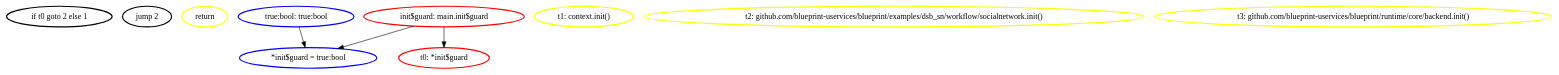
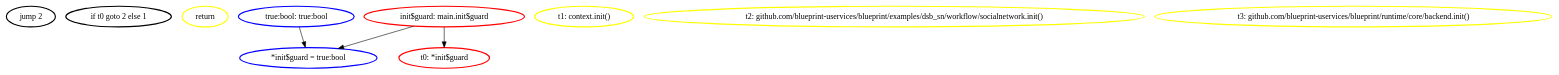
The diagram in ssa_analysis/analyzer/output/dsb_sn/ssagraphs/main.init.dot (aletheia-microservices/aletheia), drawn with Graphviz before and after one commit. The commit also changed 217 other files, not shown here.

```diff
--- a/ssa_analysis/analyzer/output/dsb_sn/ssagraphs/main.init.dot
+++ b/ssa_analysis/analyzer/output/dsb_sn/ssagraphs/main.init.dot
@@ -1,20 +1,20 @@
 digraph G {
 	rankdir=TD;
-	N_instr__140090454 [label="if t0 goto 2 else 1", style=bold, shape=ellipse, color="black"];
-	N_instr__140090454 [label="if t0 goto 2 else 1", style=bold, shape=ellipse, color="black"];
-	N_instr__339469146 [label="jump 2", style=bold, shape=ellipse, color="black"];
-	N_instr__339469146 [label="jump 2", style=bold, shape=ellipse, color="black"];
-	N_instr_ret_1068114 [label="return", style=bold, shape=ellipse, color="yellow"];
-	N_instr_ret_1068114 [label="return", style=bold, shape=ellipse, color="yellow"];
-	N_instr_store_782152985 [label="*init$guard = true:bool", style=bold, shape=ellipse, color="blue"];
-	N_instr_store_782152985 [label="*init$guard = true:bool", style=bold, shape=ellipse, color="blue"];
+	N_instr__129623240 [label="jump 2", style=bold, shape=ellipse, color="black"];
+	N_instr__129623240 [label="jump 2", style=bold, shape=ellipse, color="black"];
+	N_instr__1610378326 [label="if t0 goto 2 else 1", style=bold, shape=ellipse, color="black"];
+	N_instr__1610378326 [label="if t0 goto 2 else 1", style=bold, shape=ellipse, color="black"];
+	N_instr_ret_1244579420 [label="return", style=bold, shape=ellipse, color="yellow"];
+	N_instr_ret_1244579420 [label="return", style=bold, shape=ellipse, color="yellow"];
+	N_instr_store_1475263783 [label="*init$guard = true:bool", style=bold, shape=ellipse, color="blue"];
+	N_instr_store_1475263783 [label="*init$guard = true:bool", style=bold, shape=ellipse, color="blue"];
 	N_val_callt1 [label="t1: context.init()", style=bold, shape=ellipse, color="yellow"];
 	N_val_callt2 [label="t2: github.com/blueprint-uservices/blueprint/examples/dsb_sn/workflow/socialnetwork.init()", style=bold, shape=ellipse, color="yellow"];
 	N_val_callt3 [label="t3: github.com/blueprint-uservices/blueprint/runtime/core/backend.init()", style=bold, shape=ellipse, color="yellow"];
 	N_val_globinit_guard [label="init$guard: main.init$guard", style=bold, shape=ellipse, color="red"];
 	N_val_true_bool [label="true:bool: true:bool", style=bold, shape=ellipse, color="blue"];
 	N_val_unaryt0 [label="t0: *init$guard", style=bold, shape=ellipse, color="red"];
 	N_val_globinit_guard -> N_val_unaryt0;
-	N_val_globinit_guard -> N_instr_store_782152985;
-	N_val_true_bool -> N_instr_store_782152985;
+	N_val_globinit_guard -> N_instr_store_1475263783;
+	N_val_true_bool -> N_instr_store_1475263783;
 }
```
